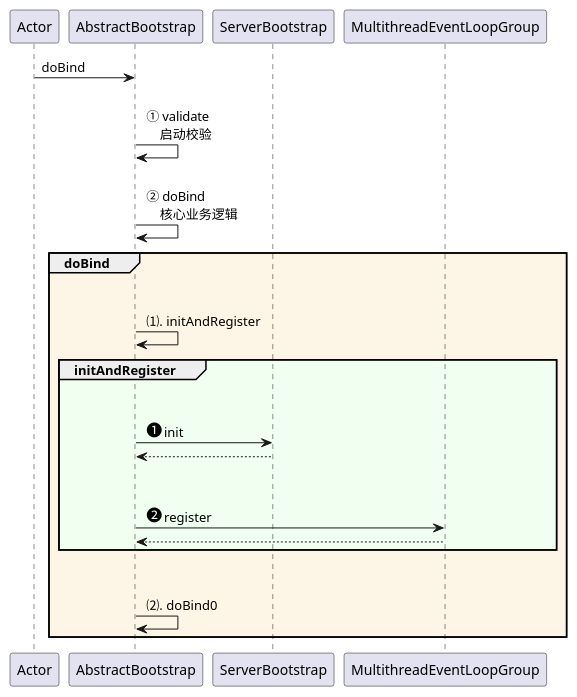
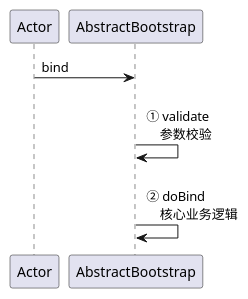
The diagram in puml/ServerBootstrap#启动大致过程.puml (Simba-cheng/netty), drawn with PlantUML before and after one commit.

Commit message:
refactor(code): 源码添加注释、流程图、类图

```diff
--- a/puml/ServerBootstrap#启动大致过程.puml
+++ b/puml/ServerBootstrap#启动大致过程.puml
@@ -1,26 +1,24 @@
 @startuml
 
-Actor -> AbstractBootstrap: doBind
+Actor -> AbstractBootstrap: bind
 
-AbstractBootstrap -> AbstractBootstrap: \n ① validate \n     启动校验
+AbstractBootstrap -> AbstractBootstrap: \n ① validate \n     参数校验
 
 AbstractBootstrap -> AbstractBootstrap: \n ② doBind \n     核心业务逻辑
 
-    group #FDF5E6 doBind
-        AbstractBootstrap -> AbstractBootstrap: \n\n ⑴. initAndRegister
+'    group #FDF5E6 doBind
+'        AbstractBootstrap -> AbstractBootstrap: \n\n ⑴. initAndRegister
 
-            group #F0FFF0 initAndRegister
+'            group #F0FFF0 initAndRegister
+'                AbstractBootstrap -> ServerBootstrap: \n\n <size:16>❶</size> init
+'                ServerBootstrap --> AbstractBootstrap
+'
+'                AbstractBootstrap -> MultithreadEventLoopGroup: \n\n <size:16>❷</size> register
+'                MultithreadEventLoopGroup --> AbstractBootstrap
+'            end
 
-            AbstractBootstrap -> ServerBootstrap: \n\n <size:16>❶</size> init
-            ServerBootstrap --> AbstractBootstrap
+'        AbstractBootstrap -> AbstractBootstrap: \n\n ⑵. doBind0
 
-            AbstractBootstrap -> MultithreadEventLoopGroup: \n\n <size:16>❷</size> register
-            MultithreadEventLoopGroup --> AbstractBootstrap
-
-            end
-
-        AbstractBootstrap -> AbstractBootstrap: \n\n ⑵. doBind0
-
-    end
+'    end
 
 @enduml
```
